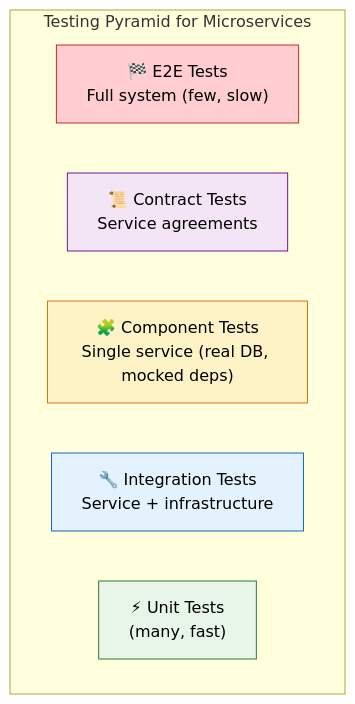
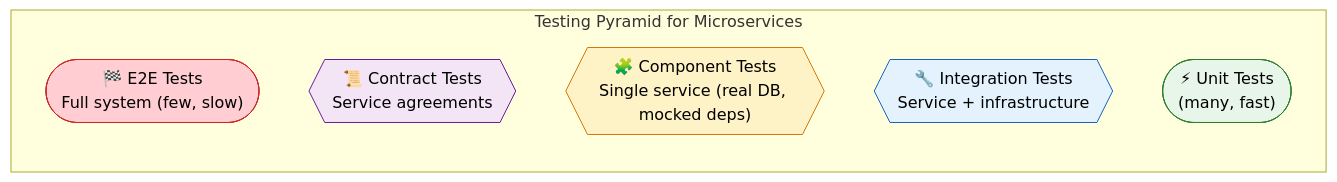
Before and after one commit to saivamsikaruturi/vamsilabs-dev-notes-main: the first of 2 diagrams in docs/microservices/testing-microservices.md, drawn with Mermaid. The commit also changed 146 other files, not shown here.

Commit message:
Horizontal diagrams, UML class diagrams, typography overhaul, and permalink cleanup

````diff
--- a/docs/microservices/testing-microservices.md
+++ b/docs/microservices/testing-microservices.md
@@ -10,16 +10,16 @@
 ```mermaid
-flowchart TD
+flowchart LR
     subgraph Pyramid["Testing Pyramid for Microservices"]
-        E2E["🏁 E2E Tests<br/>Full system (few, slow)"]
-        Contract["📜 Contract Tests<br/>Service agreements"]
-        Component["🧩 Component Tests<br/>Single service (real DB, mocked deps)"]
-        Integration["🔧 Integration Tests<br/>Service + infrastructure"]
-        Unit["⚡ Unit Tests<br/>(many, fast)"]
+        E2E(["🏁 E2E Tests<br/>Full system (few, slow)"])
+        Contract{{"📜 Contract Tests<br/>Service agreements"}}
+        Component{{"🧩 Component Tests<br/>Single service (real DB, mocked deps)"}}
+        Integration{{"🔧 Integration Tests<br/>Service + infrastructure"}}
+        Unit(["⚡ Unit Tests<br/>(many, fast)"])
     end
 
     style E2E fill:#FFCDD2,stroke:#C62828,color:#000
     style Contract fill:#F3E5F5,stroke:#6A1B9A,color:#000
     style Component fill:#FEF3C7,stroke:#D97706,color:#000
     style Integration fill:#E3F2FD,stroke:#1565C0,color:#000
     style Unit fill:#E8F5E9,stroke:#2E7D32,color:#000
 ```
````
